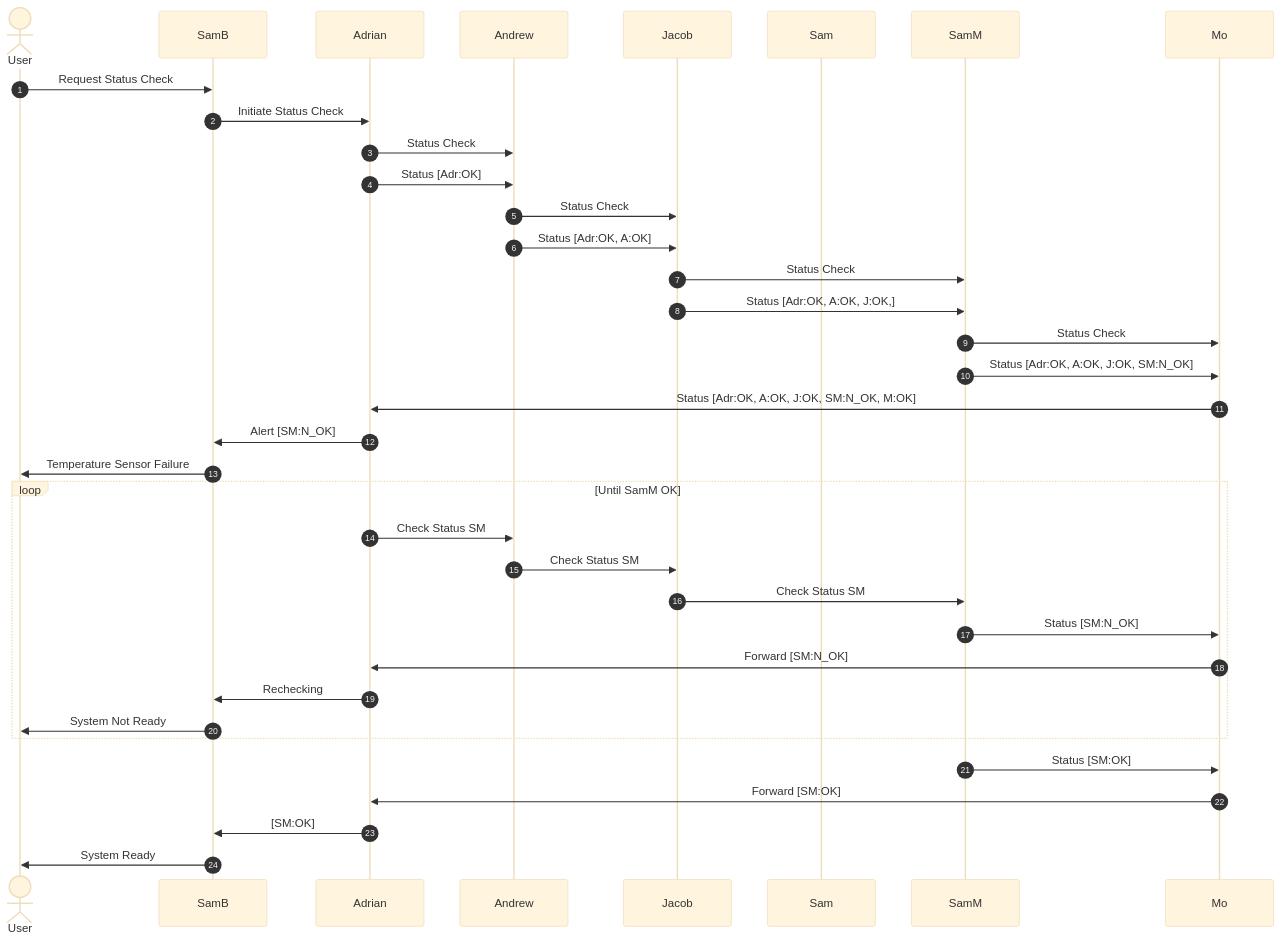
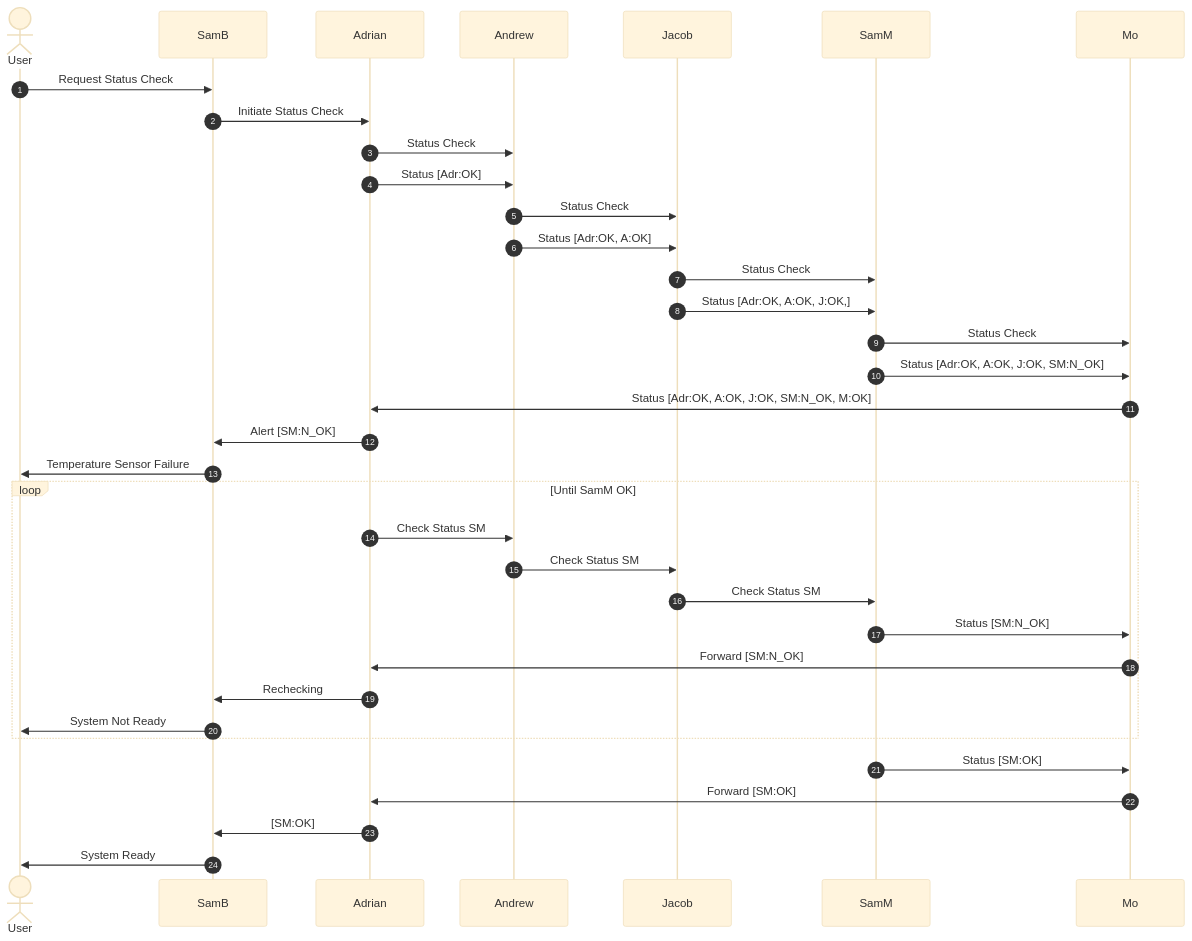
One commit to EGR314-S-2026-308/EGR314-S-2026-308.github.io changed the third of 5 diagrams in docs/04-Team-Block-Diagram/Team-Diagram.md. Above: the diagram before and after it, drawn with Mermaid (base theme).

Commit message:
Error Fix on Status Diagram

````diff
--- a/docs/04-Team-Block-Diagram/Team-Diagram.md
+++ b/docs/04-Team-Block-Diagram/Team-Diagram.md
@@ -62,44 +62,43 @@
 ``` mermaid
 sequenceDiagram
     autonumber
     actor User
     participant SamB
     participant Adrian
     participant Andrew
     participant Jacob
-    participant Sam
     participant SamM
     participant Mo
 
     User->>SamB: Request Status Check
     SamB->>Adrian: Initiate Status Check
 
     Adrian->>Andrew: Status Check
     Adrian->>Andrew: Status [Adr:OK]
     Andrew->>Jacob: Status Check
     Andrew->>Jacob: Status [Adr:OK, A:OK]
     Jacob->>SamM: Status Check
     Jacob->>SamM: Status [Adr:OK, A:OK, J:OK,]
     SamM->>Mo: Status Check
     SamM->>Mo: Status [Adr:OK, A:OK, J:OK, SM:N_OK]
     Mo->>Adrian: Status [Adr:OK, A:OK, J:OK, SM:N_OK, M:OK]
 
     Adrian->>SamB: Alert [SM:N_OK]
     SamB->>User: Temperature Sensor Failure
 
     loop Until SamM OK
         Adrian->>Andrew: Check Status SM
         Andrew->>Jacob: Check Status SM
         Jacob->>SamM: Check Status SM
         SamM->>Mo: Status [SM:N_OK]
         Mo->>Adrian: Forward [SM:N_OK]
         Adrian->>SamB: Rechecking
         SamB->>User: System Not Ready
     end
 
     SamM->>Mo: Status [SM:OK]
     Mo->>Adrian: Forward [SM:OK]
     Adrian->>SamB: [SM:OK]
     SamB->>User: System Ready
 
 ```
````
